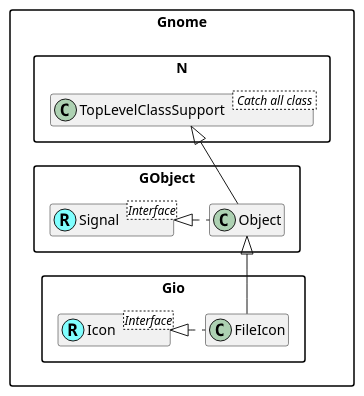
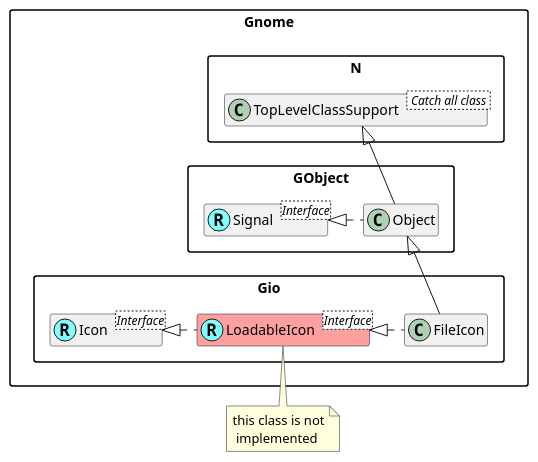
One commit to MARTIMM/gnome-gtk3 changed the diagram in doc/plantuml/Gio/FileIcon.md. Above: the diagram before and after it, drawn with PlantUML. The commit also changed 3 other files, not shown here.

Commit message:
change of uml diagram

````diff
--- a/doc/plantuml/Gio/FileIcon.md
+++ b/doc/plantuml/Gio/FileIcon.md
@@ -1,27 +1,32 @@
 ```plantuml
 @startuml
 
 skinparam packageStyle rectangle
 skinparam stereotypeCBackgroundColor #80ffff
 set namespaceSeparator ::
 hide empty members
 
 'Classes and interfaces
 class Gnome::N::TopLevelClassSupport < Catch all class >
 
 Interface Gnome::GObject::Signal <Interface>
 class Gnome::GObject::Signal <<(R,#80ffff)>>
 
 Interface Gnome::Gio::Icon <Interface>
 class Gnome::Gio::Icon <<(R,#80ffff)>>
 
+Interface Gnome::Gio::LoadableIcon <Interface>
+class Gnome::Gio::LoadableIcon <<(R,#80ffff)>> #ffa0a0
+note "this class is not\n implemented" as NLI
+Gnome::Gio::LoadableIcon .down. NLI
 
 'Class connections
 Gnome::N::TopLevelClassSupport <|-- Gnome::GObject::Object
 Gnome::GObject::Signal <|. Gnome::GObject::Object
 
-Gnome::Gio::Icon <|. Gnome::Gio::FileIcon
+Gnome::Gio::Icon <|. Gnome::Gio::LoadableIcon
+Gnome::Gio::LoadableIcon <|. Gnome::Gio::FileIcon
 Gnome::GObject::Object <|-- Gnome::Gio::FileIcon
 
 @enduml
 ```
````
